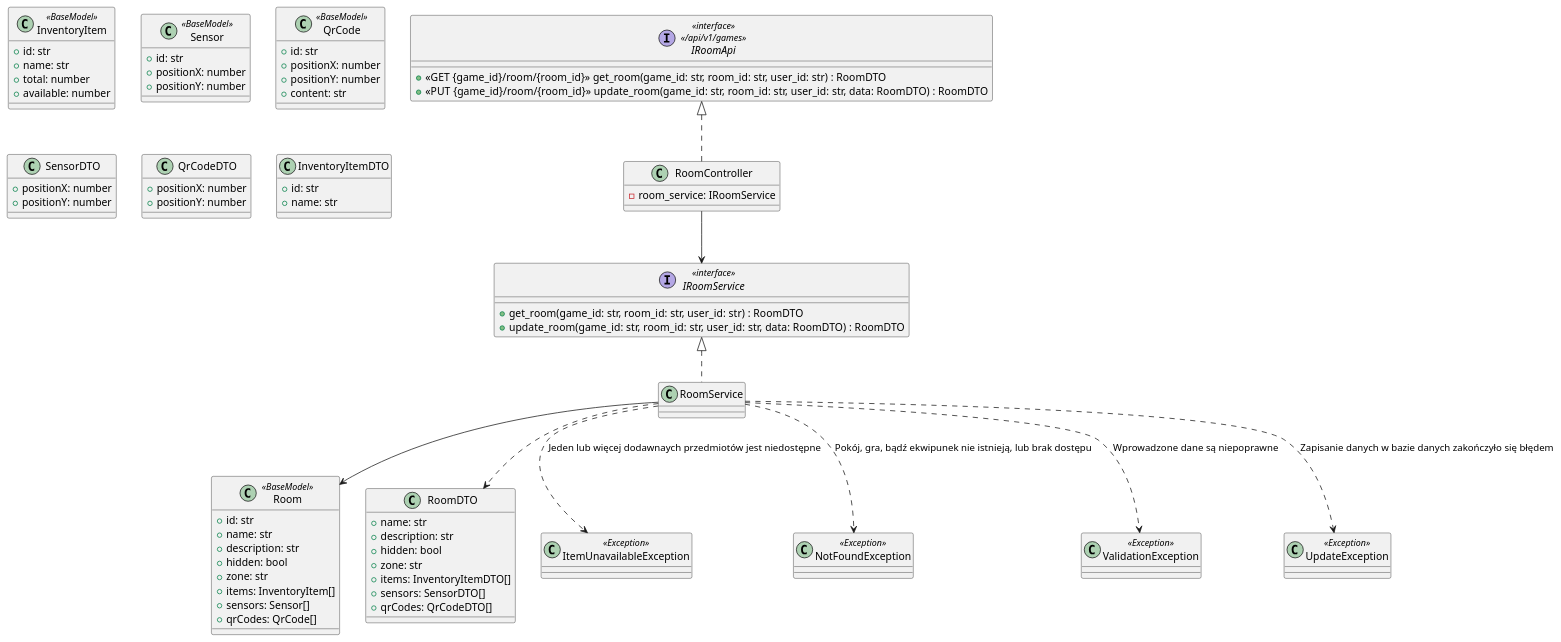
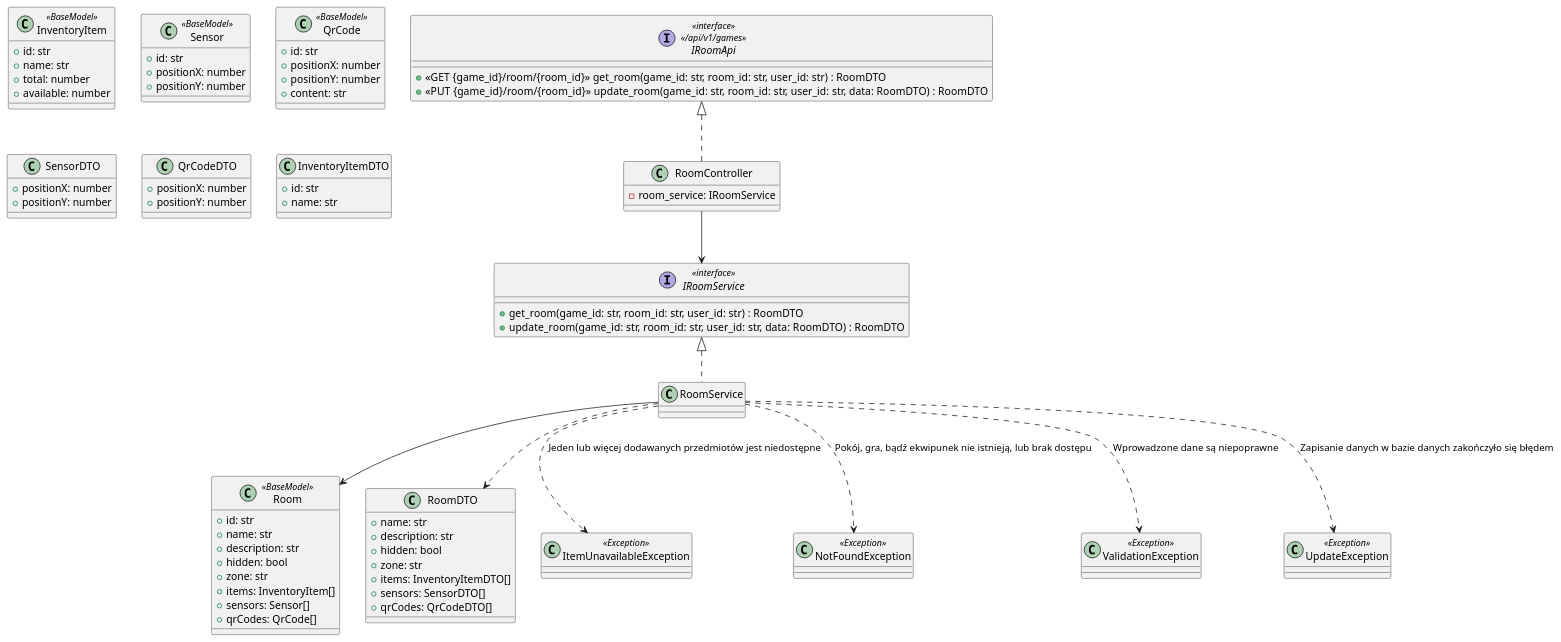
The diagram in diagrams/backend/room-edit.md (Igor-Ochocki/POP-2026Z), drawn with PlantUML before and after one commit.

Commit message:
Poprawiono literówkę

````diff
--- a/diagrams/backend/room-edit.md
+++ b/diagrams/backend/room-edit.md
@@ -97,6 +97,6 @@
 RoomService ..> NotFoundException : Pokój, gra, bądź ekwipunek nie istnieją, lub brak dostępu
 RoomService ..> ValidationException : Wprowadzone dane są niepoprawne
 RoomService ..> UpdateException : Zapisanie danych w bazie danych zakończyło się błędem
-RoomService ..> ItemUnavailableException : Jeden lub więcej dodawnaych przedmiotów jest niedostępne
+RoomService ..> ItemUnavailableException : Jeden lub więcej dodawanych przedmiotów jest niedostępne
 
 ```
````
